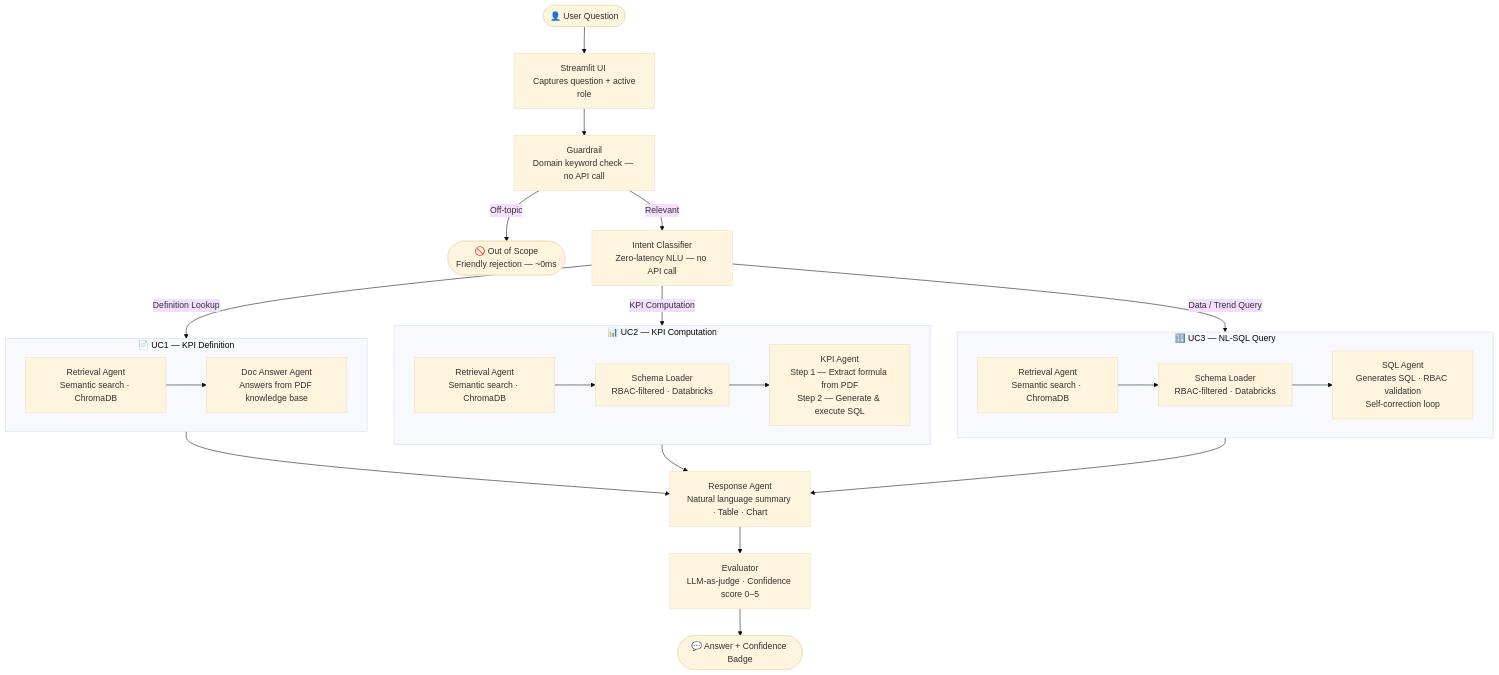
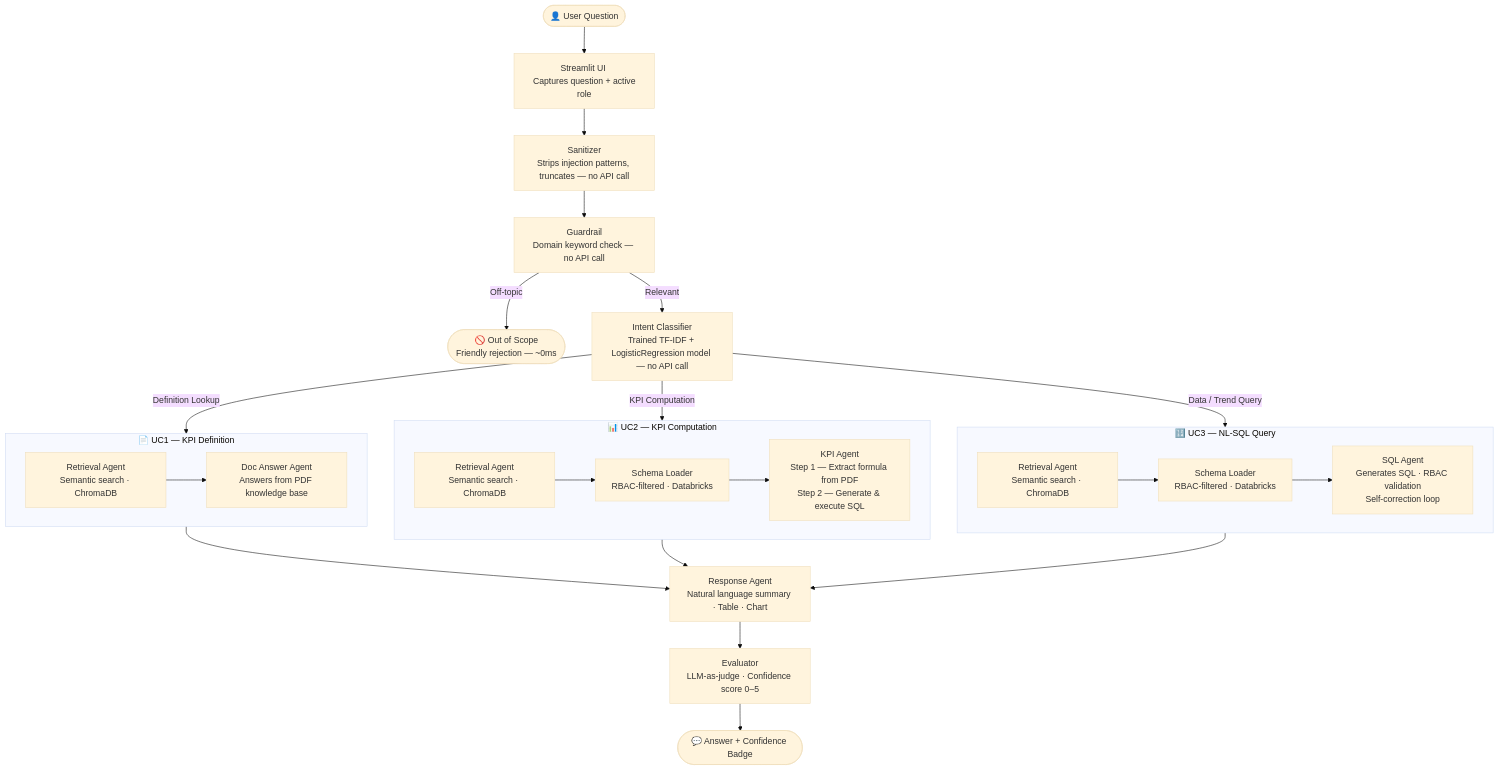
Before and after one commit to piyushraj6789/multi-agent-data-assistant-v2: the third of 13 diagrams in documentation/architecture.md, drawn with Mermaid (base theme). The commit also changed other lines of this file and 8 other files, not shown here.

````diff
--- a/documentation/architecture.md
+++ b/documentation/architecture.md
@@ -787,44 +893,46 @@
 ```mermaid
 flowchart TD
     Start(["👤 User Question"])
     Init["Streamlit UI <br/> Captures question + active role"]
+    San["Sanitizer<br/>Strips injection patterns, truncates — no API call"]
     GR["Guardrail<br/>Domain keyword check — no API call"]
     OOS(["🚫 Out of Scope<br/>Friendly rejection — ~0ms"])
-    IC["Intent Classifier<br/>Zero-latency NLU — no API call"]
+    IC["Intent Classifier<br/>Trained TF-IDF + LogisticRegression model — no API call"]
 
+    San --> GR
     GR -->|"Off-topic"| OOS
     GR -->|"Relevant"| IC
     IC -->|"Definition Lookup"| DocBranch
     IC -->|"KPI Computation"| KpiBranch
     IC -->|"Data / Trend Query"| SQLBranch
 
     subgraph DocBranch["📄 UC1 — KPI Definition"]
         RA1["Retrieval Agent<br/>Semantic search · ChromaDB"]
         DocA["Doc Answer Agent<br/>Answers from PDF knowledge base"]
         RA1 --> DocA
     end
 
     subgraph KpiBranch["📊 UC2 — KPI Computation"]
         RA3["Retrieval Agent<br/>Semantic search · ChromaDB"]
         LS3["Schema Loader<br/>RBAC-filtered · Databricks"]
         KpiA["KPI Agent<br/>Step 1 — Extract formula from PDF<br/>Step 2 — Generate & execute SQL"]
         RA3 --> LS3 --> KpiA
     end
 
     subgraph SQLBranch["🔢 UC3 — NL-SQL Query"]
         RA2["Retrieval Agent<br/>Semantic search · ChromaDB"]
         LS2["Schema Loader<br/>RBAC-filtered · Databricks"]
         SA["SQL Agent<br/>Generates SQL · RBAC validation<br/>Self-correction loop"]
         RA2 --> LS2 --> SA
     end
 
     ResA["Response Agent<br/>Natural language summary · Table · Chart"]
     Eval["Evaluator<br/>LLM-as-judge · Confidence score 0–5"]
 
-    Start --> Init --> GR
+    Start --> Init --> San
     DocBranch --> ResA
     KpiBranch --> ResA
     SQLBranch --> ResA
     ResA --> Eval
     Eval --> End(["💬 Answer + Confidence Badge"])
 ```
````
